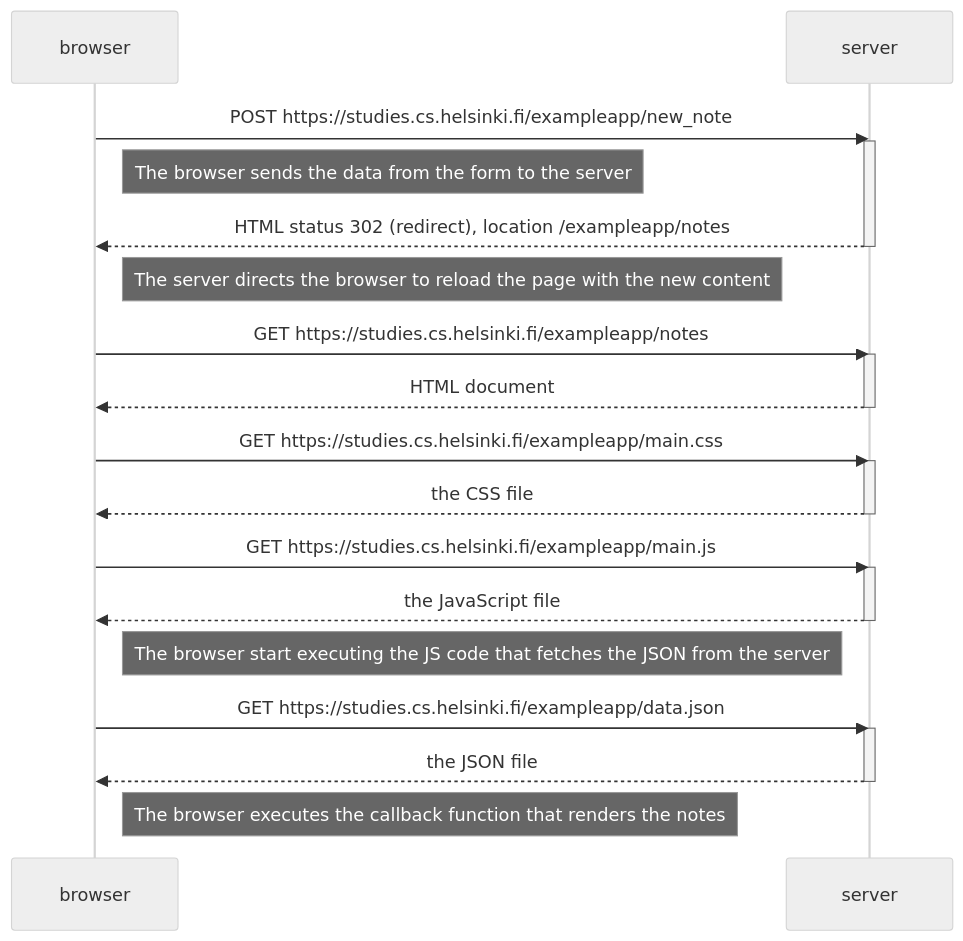
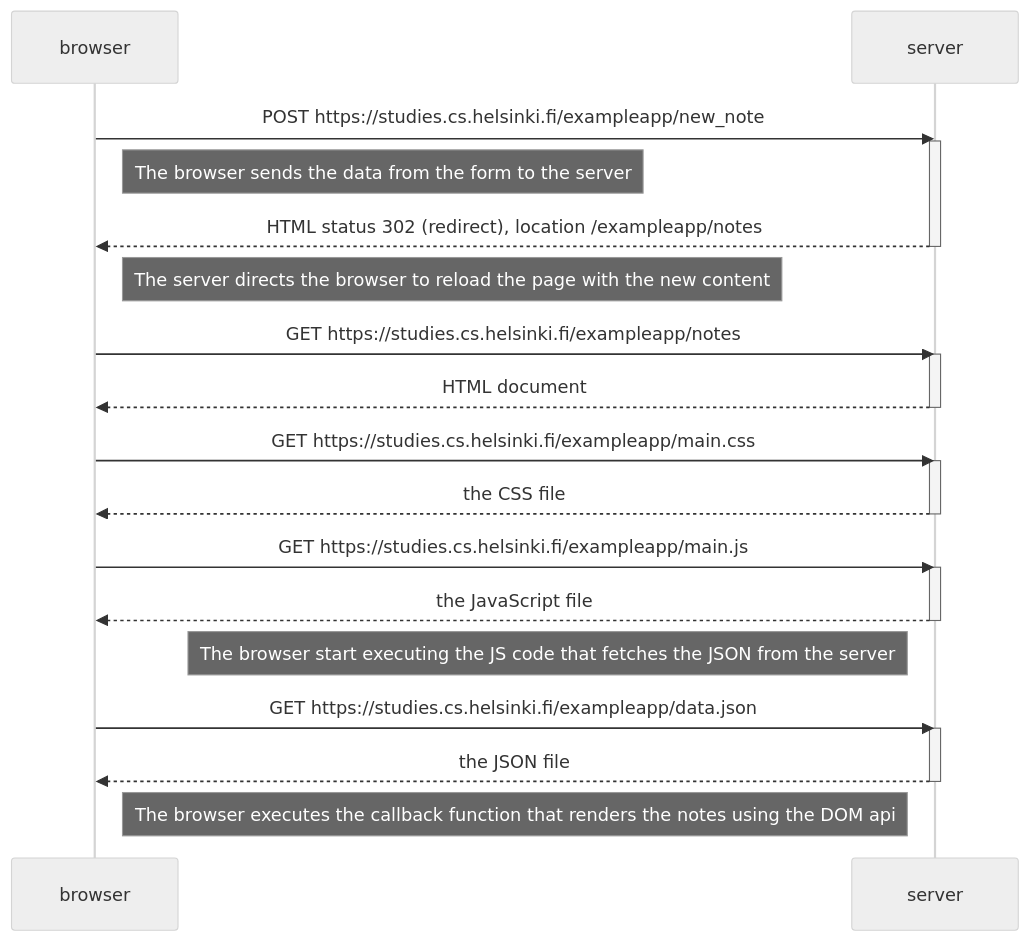
Before and after one commit to Mersikka/full-stack-open: the diagram in part0/tehtava4.md, drawn with Mermaid (neutral theme).

Commit message:
Improve exercise 4

````diff
--- a/part0/tehtava4.md
+++ b/part0/tehtava4.md
@@ -1,39 +1,39 @@
 ```mermaid
 sequenceDiagram
     participant browser
     participant server
 
     browser->>server: POST https://studies.cs.helsinki.fi/exampleapp/new_note
     activate server
 
     note right of browser: The browser sends the data from the form to the server
 
     server-->>browser: HTML status 302 (redirect), location /exampleapp/notes
     deactivate server
 
     note right of browser: The server directs the browser to reload the page with the new content
 
     browser->>server: GET https://studies.cs.helsinki.fi/exampleapp/notes
     activate server
     server-->>browser: HTML document
     deactivate server
 
     browser->>server: GET https://studies.cs.helsinki.fi/exampleapp/main.css
     activate server
     server-->>browser: the CSS file
     deactivate server
 
     browser->>server: GET https://studies.cs.helsinki.fi/exampleapp/main.js
     activate server
     server-->>browser: the JavaScript file
     deactivate server
 
     note left of server: The browser start executing the JS code that fetches the JSON from the server
 
     browser->>server: GET https://studies.cs.helsinki.fi/exampleapp/data.json
     activate server
     server-->>browser: the JSON file
     deactivate server
 
-    note right of browser: The browser executes the callback function that renders the notes
+    note right of browser: The browser executes the callback function that renders the notes using the DOM api
 ```
````
